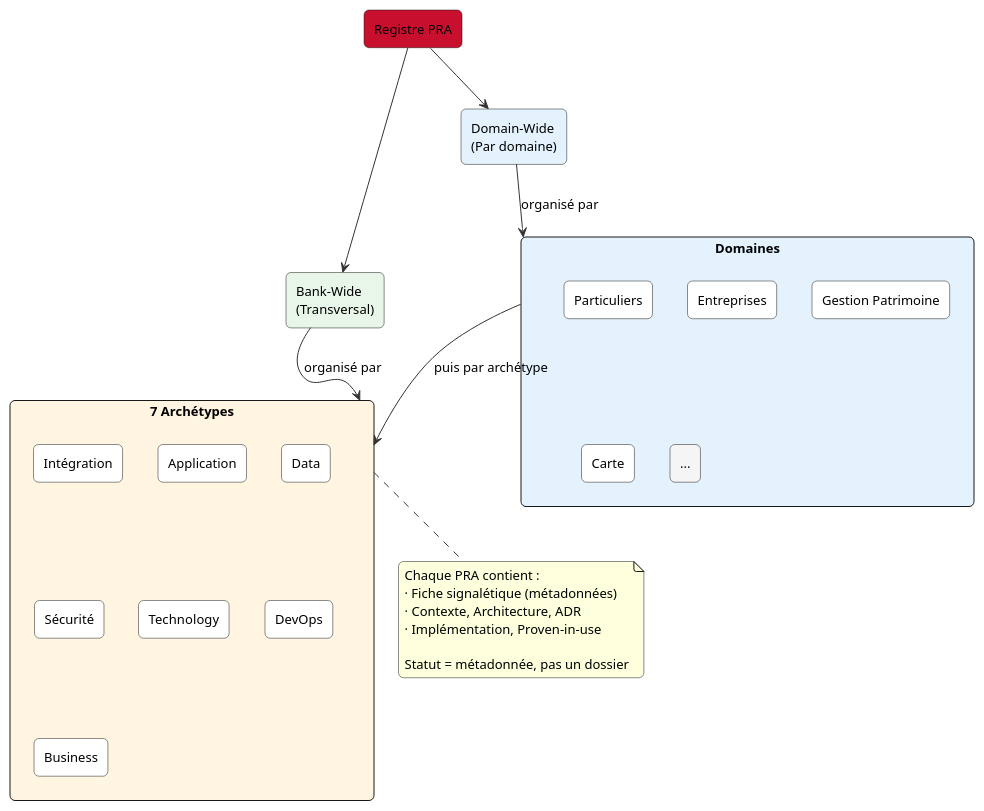
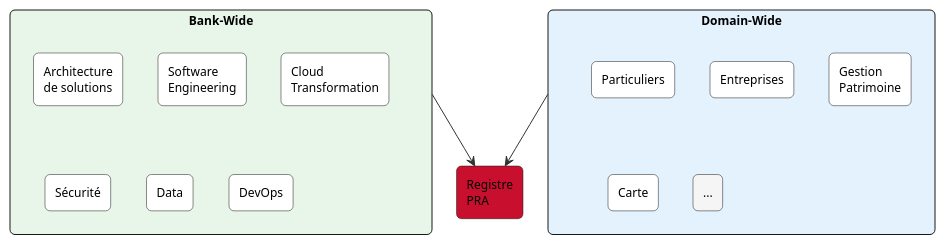
The third of 6 diagrams in content/pras/fr/overview.adoc (KiyaliHQ/proven-reusable-architecture), drawn with PlantUML before and after one commit. The commit also changed other lines of this file and 2 other files, not shown here.

```diff
--- a/content/pras/fr/overview.adoc
+++ b/content/pras/fr/overview.adoc
@@ -99,53 +175,32 @@
 [plantuml]
 ----
 @startuml
 skinparam backgroundColor transparent
-skinparam defaultFontName "Segoe UI"
-skinparam defaultFontSize 13
+skinparam defaultFontSize 12
 skinparam shadowing false
 skinparam roundCorner 10
 skinparam ArrowColor #333333
-skinparam object {
-  BackgroundColor #ffffff
-  BorderColor #d1d5db
+
+rectangle "Registre\nPRA" as reg #c8102e
+
+rectangle "Bank-Wide" as bw #e8f5e9 {
+  rectangle "Architecture\nde solutions" as bw1 #ffffff
+  rectangle "Software\nEngineering" as bw2 #ffffff
+  rectangle "Cloud\nTransformation" as bw3 #ffffff
+  rectangle "Sécurité" as bw4 #ffffff
+  rectangle "Data" as bw5 #ffffff
+  rectangle "DevOps" as bw6 #ffffff
 }
 
-rectangle "Registre PRA" as root #c8102e
-
-rectangle "Bank-Wide\n(Transversal)" as bw #e8f5e9
-rectangle "Domain-Wide\n(Par domaine)" as dw #e3f2fd
-
-rectangle "7 Archétypes" as arch #fff5e1 {
-  rectangle "Intégration" as a1 #ffffff
-  rectangle "Application" as a2 #ffffff
-  rectangle "Data" as a3 #ffffff
-  rectangle "Sécurité" as a4 #ffffff
-  rectangle "Technology" as a5 #ffffff
-  rectangle "DevOps" as a6 #ffffff
-  rectangle "Business" as a7 #ffffff
+rectangle "Domain-Wide" as dw #e3f2fd {
+  rectangle "Particuliers" as dw1 #ffffff
+  rectangle "Entreprises" as dw2 #ffffff
+  rectangle "Gestion\nPatrimoine" as dw3 #ffffff
+  rectangle "Carte" as dw4 #ffffff
+  rectangle "..." as dw5 #f5f5f5
 }
 
-rectangle "Domaines" as domains #e3f2fd {
-  rectangle "Particuliers" as d1 #ffffff
-  rectangle "Entreprises" as d2 #ffffff
-  rectangle "Gestion Patrimoine" as d3 #ffffff
-  rectangle "Carte" as d4 #ffffff
-  rectangle "..." as d5 #f5f5f5
-}
-
-root -down-> bw
-root -down-> dw
-bw -down-> arch : organisé par
-dw -down-> domains : organisé par
-domains -down-> arch : puis par archétype
-
-note bottom of arch
-  Chaque PRA contient :
-  · Fiche signalétique (métadonnées)
-  · Contexte, Architecture, ADR
-  · Implémentation, Proven-in-use
-
-  Statut = métadonnée, pas un dossier
-end note
+bw --> reg
+dw --> reg
 @enduml
 ----
```
